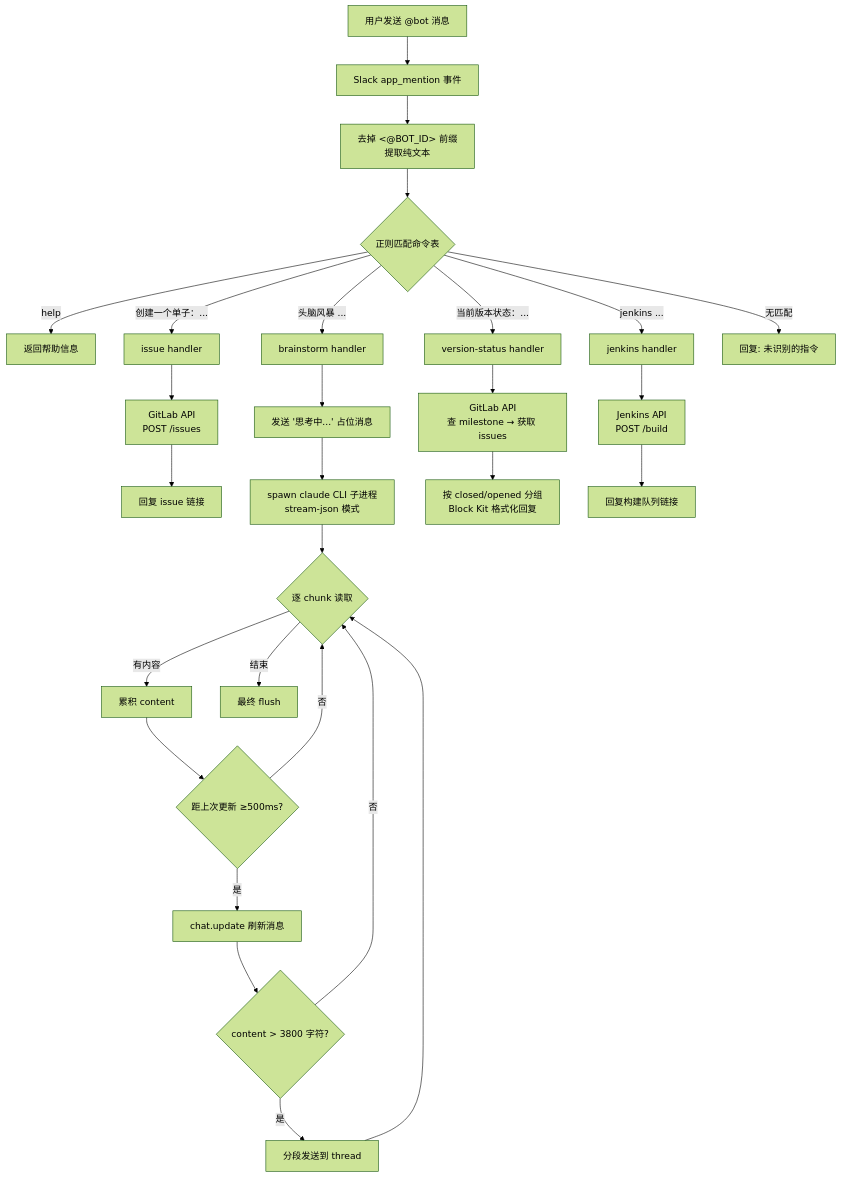
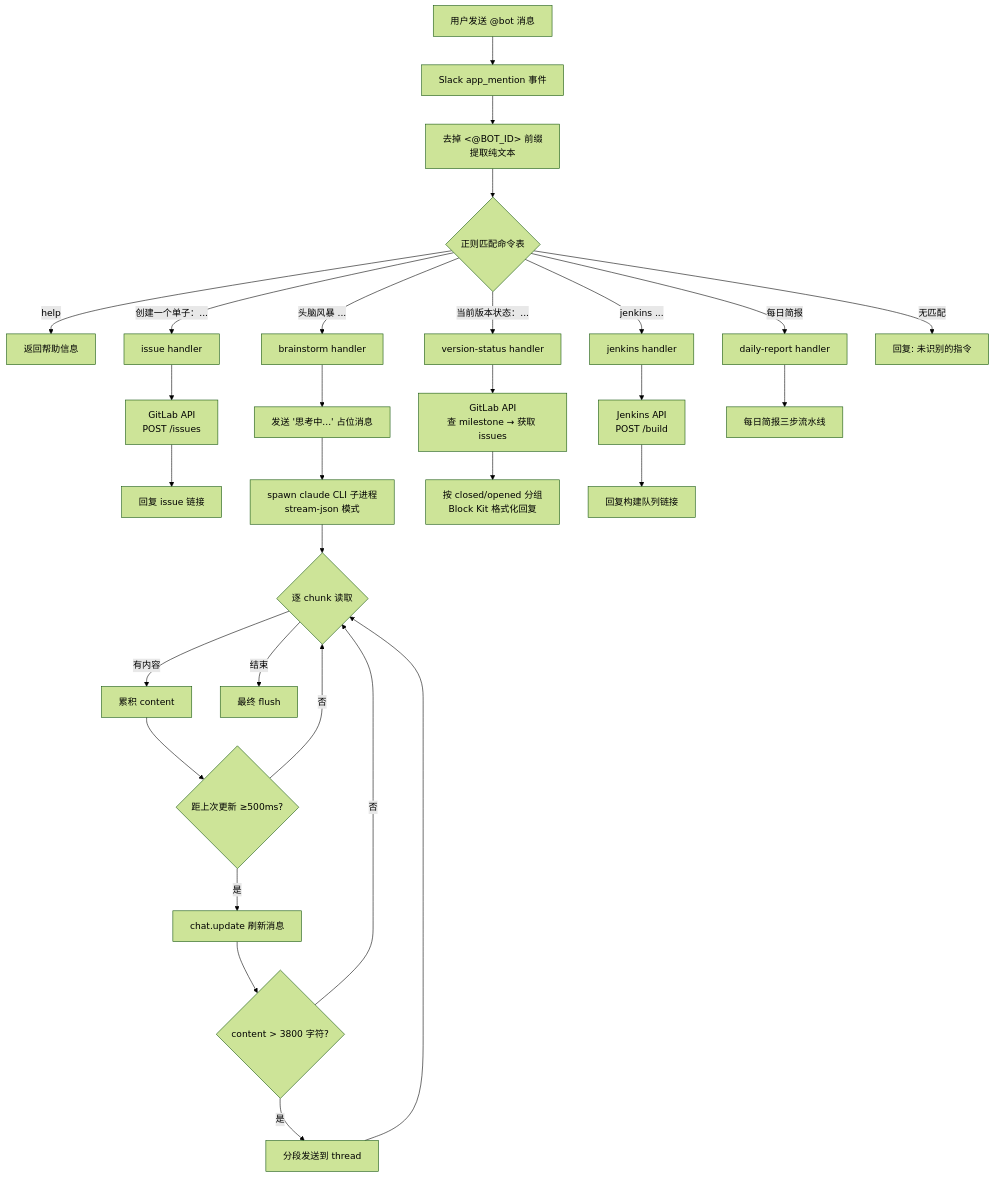
The second of 9 diagrams in docs/flowchart.md (kavenGw/GSSlackRobot), drawn with Mermaid (forest theme) before and after one commit. The commit also changed other lines of this file and 2 other files, not shown here.

First line of the commit message:
docs: add comprehensive technical documentation and flowcharts

````diff
--- a/docs/flowchart.md
+++ b/docs/flowchart.md
@@ -21,35 +21,38 @@
 ```mermaid
 flowchart TD
     A["用户发送 @bot 消息"] --> B["Slack app_mention 事件"]
     B --> C["去掉 &lt;@BOT_ID&gt; 前缀<br/>提取纯文本"]
     C --> D{"正则匹配命令表"}
 
     D -- "help" --> E1[返回帮助信息]
     D -- "创建一个单子：..." --> E2[issue handler]
     D -- "头脑风暴 ..." --> E3[brainstorm handler]
     D -- "当前版本状态：..." --> E4[version-status handler]
     D -- "jenkins ..." --> E5[jenkins handler]
-    D -- "无匹配" --> E6["回复: 未识别的指令"]
+    D -- "每日简报" --> E6[daily-report handler]
+    D -- "无匹配" --> E7["回复: 未识别的指令"]
 
     E2 --> F2["GitLab API<br/>POST /issues"]
     F2 --> G2["回复 issue 链接"]
 
     E3 --> F3["发送 '思考中...' 占位消息"]
     F3 --> F3a["spawn claude CLI 子进程<br/>stream-json 模式"]
     F3a --> F3b{"逐 chunk 读取"}
     F3b -- "有内容" --> F3c["累积 content"]
     F3c --> F3d{"距上次更新 ≥500ms?"}
     F3d -- "是" --> F3e["chat.update 刷新消息"]
     F3d -- "否" --> F3b
     F3e --> F3f{"content > 3800 字符?"}
     F3f -- "否" --> F3b
     F3f -- "是" --> F3g["分段发送到 thread"]
     F3g --> F3b
     F3b -- "结束" --> F3h["最终 flush"]
 
     E4 --> F4["GitLab API<br/>查 milestone → 获取 issues"]
     F4 --> G4["按 closed/opened 分组<br/>Block Kit 格式化回复"]
 
     E5 --> F5["Jenkins API<br/>POST /build"]
     F5 --> G5["回复构建队列链接"]
+
+    E6 --> F6["每日简报三步流水线"]
 ```
````
